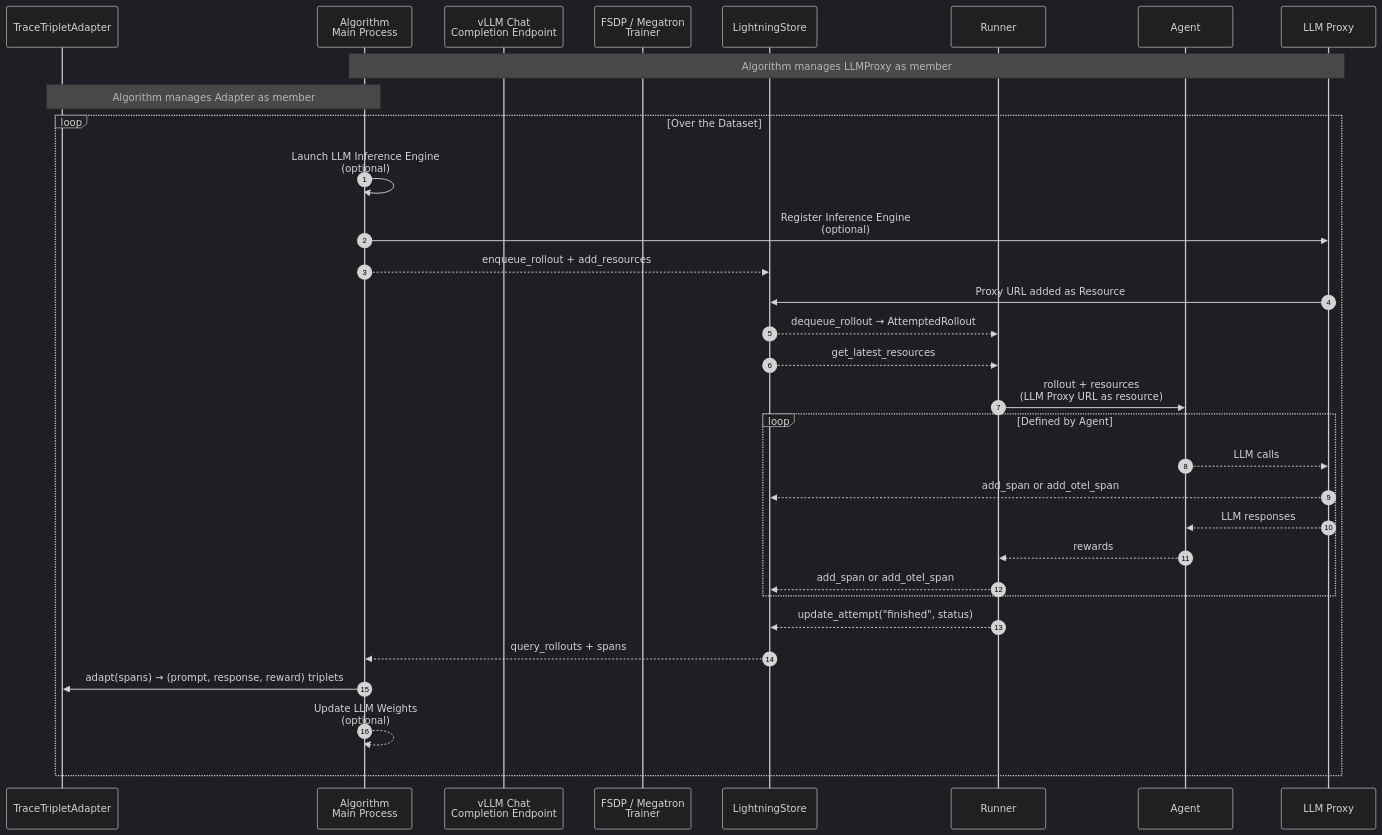
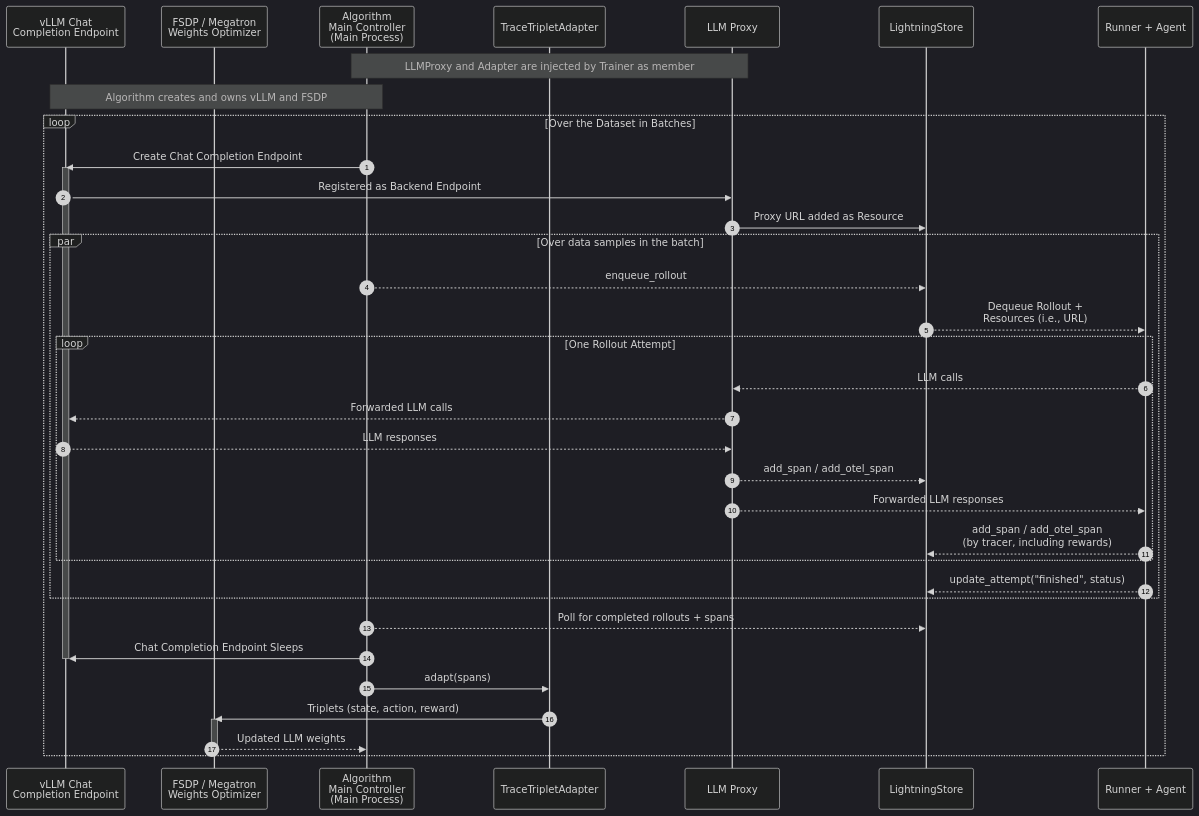
Before and after one commit to microsoft/agent-lightning: the seventh of 7 diagrams in docs/deep-dive/birds-eye-view.md, drawn with Mermaid (dark theme). The commit also changed other lines of this file, not shown here.

````diff
--- a/docs/deep-dive/birds-eye-view.md
+++ b/docs/deep-dive/birds-eye-view.md
@@ -249,36 +264,42 @@
 ```mermaid
 sequenceDiagram
     autonumber
+    participant vLLM as vLLM Chat<br>Completion Endpoint
+    participant FSDP as FSDP / Megatron<br>Weights Optimizer
+    participant Algo as Algorithm<br>Main Controller<br>(Main Process)
     participant Adapter as TraceTripletAdapter
-    participant Algo as Algorithm<br>Main Process
-    participant vLLM as vLLM Chat<br>Completion Endpoint
-    participant FSDP as FSDP / Megatron<br>Trainer
+    participant LLMProxy as LLM Proxy
     participant Store as LightningStore
-    participant Runner
-    participant Agent
-    participant LLMProxy as LLM Proxy
+    participant Runner as Runner + Agent
 
-    Note over Algo,LLMProxy: Algorithm manages LLMProxy as member
-    Note over Algo,Adapter: Algorithm manages Adapter as member
+    Note over Algo,LLMProxy: LLMProxy and Adapter are injected by Trainer as member
+    Note over vLLM,Algo: Algorithm creates and owns vLLM and FSDP
 
-    loop Over the Dataset
-        Algo->>Algo: Launch LLM Inference Engine<br>(optional)
-        Algo->>LLMProxy: Register Inference Engine<br>(optional)
-        Algo-->>Store: enqueue_rollout + add_resources
+    loop Over the Dataset in Batches
+        Algo->>vLLM: Create Chat Completion Endpoint
+        activate vLLM
+        vLLM->>LLMProxy: Registered as Backend Endpoint
         LLMProxy->>Store: Proxy URL added as Resource
-        Store-->>Runner: dequeue_rollout → AttemptedRollout
-        Store-->>Runner: get_latest_resources
-        Runner->>Agent: rollout + resources<br>(LLM Proxy URL as resource)
-        loop Defined by Agent
-            Agent-->>LLMProxy: LLM calls
-            LLMProxy-->>Store: add_span or add_otel_span
-            LLMProxy-->>Agent: LLM responses
-            Agent-->>Runner: rewards
-            Runner-->>Store: add_span or add_otel_span
+        par Over data samples in the batch
+            Algo-->>Store: enqueue_rollout
+            Store-->>Runner: Dequeue Rollout +<br>Resources (i.e., URL)
+            loop One Rollout Attempt
+                Runner-->>LLMProxy: LLM calls
+                LLMProxy-->>vLLM: Forwarded LLM calls
+                vLLM-->>LLMProxy: LLM responses
+                LLMProxy-->>Store: add_span / add_otel_span
+                LLMProxy-->>Runner: Forwarded LLM responses
+                Runner-->>Store: add_span / add_otel_span <br> (by tracer, including rewards)
+            end
+            Runner-->>Store: update_attempt("finished", status)
         end
-        Runner-->>Store: update_attempt("finished", status)
-        Store-->>Algo: query_rollouts + spans
-        Algo->>Adapter: adapt(spans) → (prompt, response, reward) triplets
-        Algo-->>Algo: Update LLM Weights<br>(optional)
+        Algo-->>Store: Poll for completed rollouts + spans
+        Algo->>vLLM: Chat Completion Endpoint Sleeps
+        deactivate vLLM
+        Algo->>Adapter: adapt(spans)
+        Adapter->>FSDP: Triplets (state, action, reward)
+        activate FSDP
+        FSDP-->>Algo: Updated LLM weights
+        deactivate FSDP
     end
 ```
````
